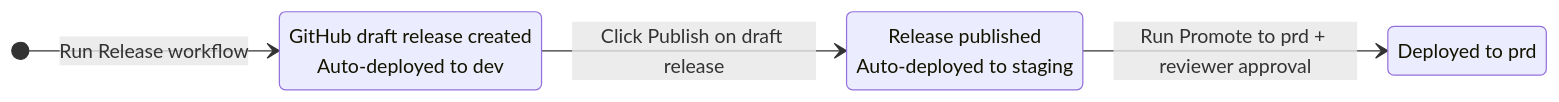
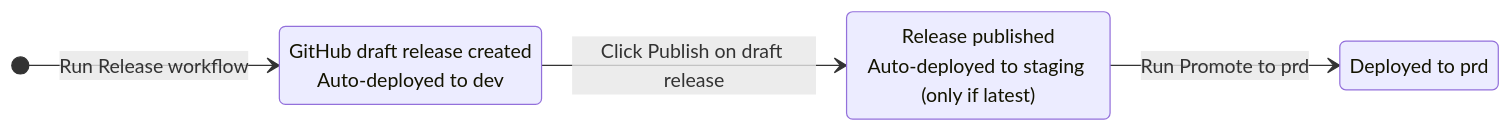
The first of 2 diagrams in docs/operations/release-flow.md (rodekruis/qualitative-feedback-analysis), drawn with Mermaid before and after one commit. The commit also changed other lines of this file and 2 other files, not shown here.

First line of the commit message:
docs(release): document the latest-release publish guard (ADR-016)

````diff
--- a/docs/operations/release-flow.md
+++ b/docs/operations/release-flow.md
@@ -9,11 +9,11 @@
 ```mermaid
 stateDiagram-v2
     direction LR
     state "GitHub draft release created<br/>Auto-deployed to dev" as Dev
-    state "Release published<br/>Auto-deployed to staging" as Published
+    state "Release published<br/>Auto-deployed to staging (only if latest)" as Published
     state "Deployed to prd" as Prd
 
     [*] --> Dev: Run Release workflow
     Dev --> Published: Click Publish on draft release
-    Published --> Prd: Run Promote to prd + reviewer approval
+    Published --> Prd: Run Promote to prd
 ```
````
